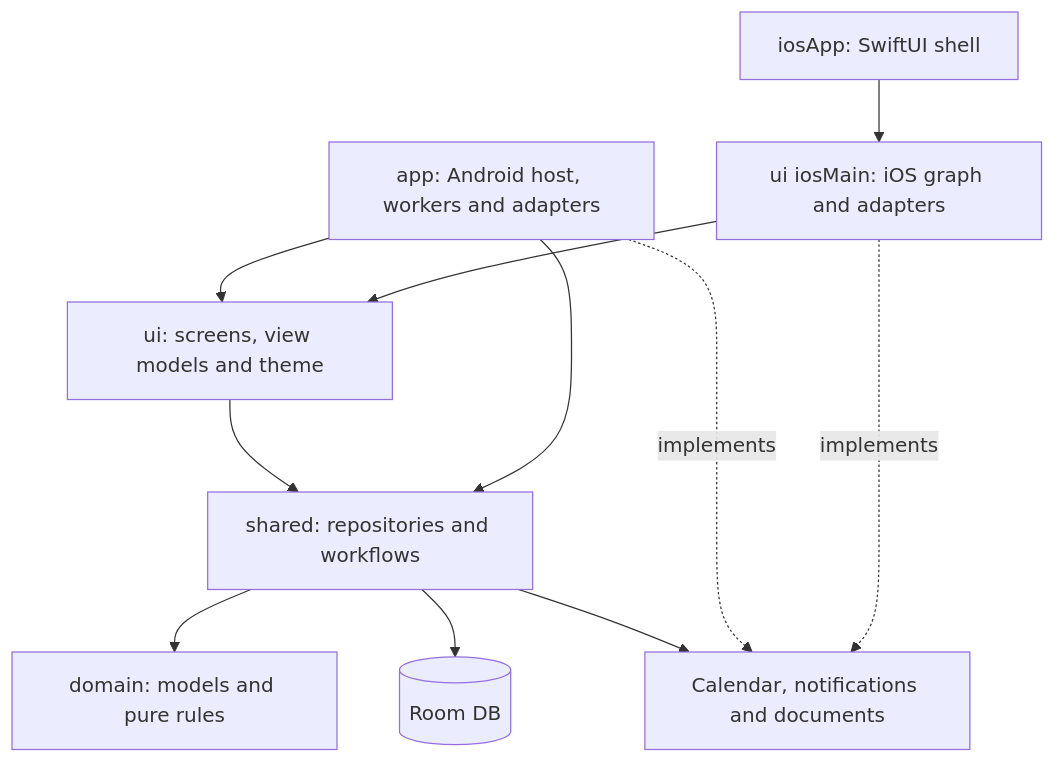
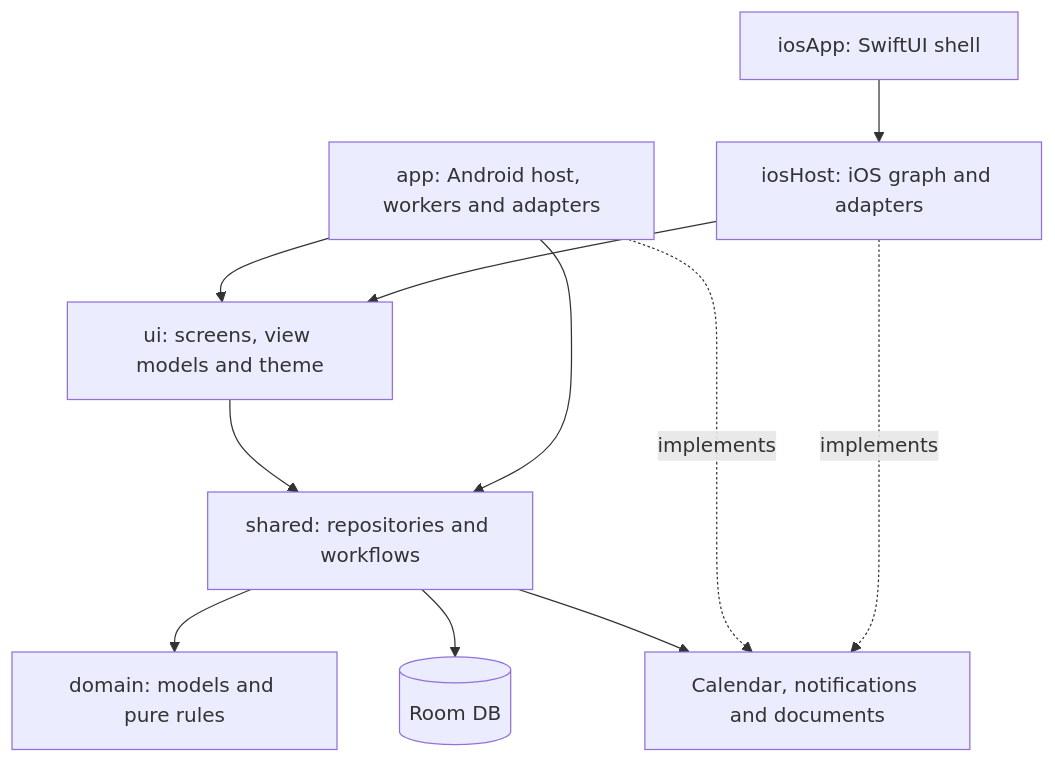
One commit to seblful/tutoring-app changed the diagram in docs/architecture.md. Above: the diagram before and after it, drawn with Mermaid. The commit also changed other lines of this file and 22 other files, not shown here.

First line of the commit message:
refactor(ios): host the iOS app in its own :iosHost module

````diff
--- a/docs/architecture.md
+++ b/docs/architecture.md
@@ -12,13 +13,13 @@
 ```mermaid
 flowchart TB
     App["app: Android host, workers and adapters"] --> Ui["ui: screens, view models and theme"]
     Ui --> Shared["shared: repositories and workflows"]
     App --> Shared
-    Ios["iosApp: SwiftUI shell"] --> IosUi["ui iosMain: iOS graph and adapters"]
+    Ios["iosApp: SwiftUI shell"] --> IosUi["iosHost: iOS graph and adapters"]
     IosUi --> Ui
     Shared --> Domain["domain: models and pure rules"]
     Shared --> Room[(Room DB)]
     Shared --> Ports[Calendar, notifications and documents]
     App -. implements .-> Ports
     IosUi -. implements .-> Ports
 ```
````
